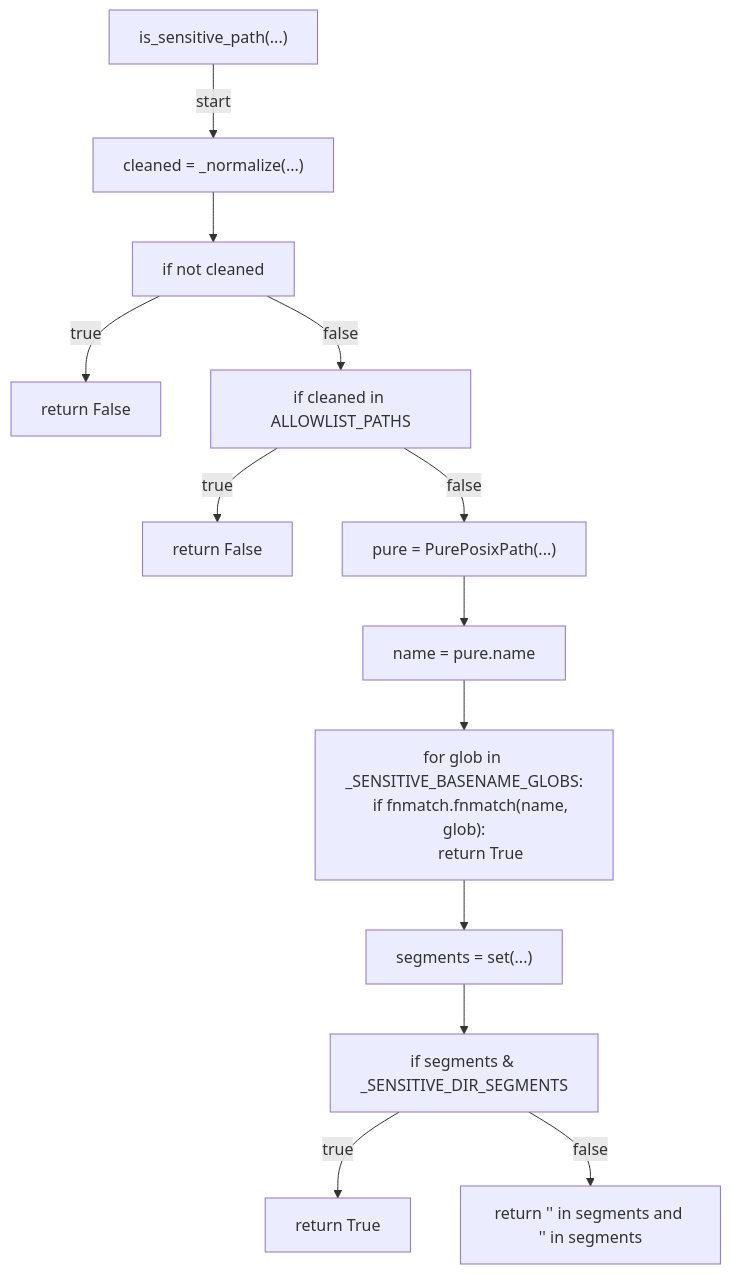
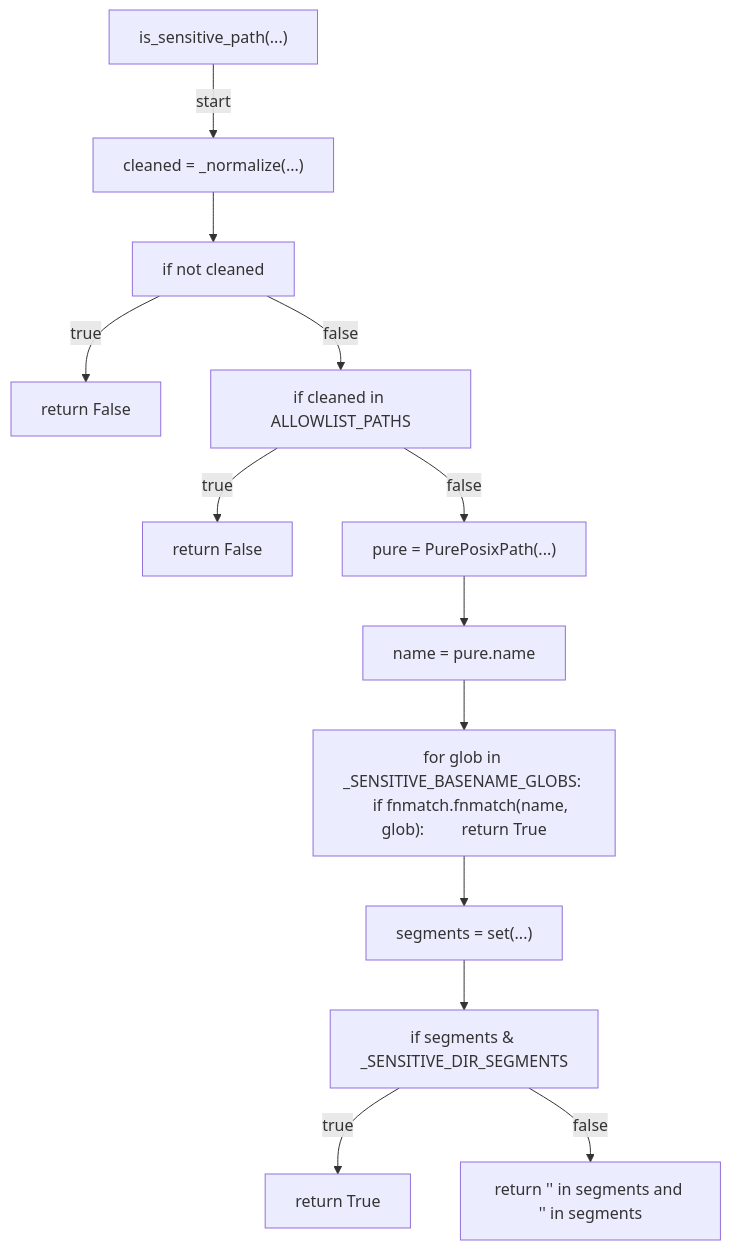
The second of 7 diagrams in docs/generated/scripts/ast/block_sensitive_reads.md (tvna/claude-md), drawn with Mermaid before and after one commit. The commit also changed other lines of this file and 20 other files, not shown here.

First line of the commit message:
docs(generated): regenerate decision tree and workflow diagrams (batch 1/5)

````diff
--- a/docs/generated/scripts/ast/block_sensitive_reads.md
+++ b/docs/generated/scripts/ast/block_sensitive_reads.md
@@ -16,30 +16,28 @@
 ```mermaid
 flowchart TD
     N001["is_sensitive_path(...)"]
     N002["cleaned = _normalize(...)"]
     N003["if not cleaned"]
     N004["return False"]
     N005["if cleaned in ALLOWLIST_PATHS"]
     N006["return False"]
     N007["pure = PurePosixPath(...)"]
     N008["name = pure.name"]
-    N009["for glob in _SENSITIVE_BASENAME_GLOBS:
-    if fnmatch.fnmatch(name, glob):
-        return True"]
+    N009["for glob in _SENSITIVE_BASENAME_GLOBS:     if fnmatch.fnmatch(name, glob):         return True"]
     N010["segments = set(...)"]
     N011["if segments & _SENSITIVE_DIR_SEGMENTS"]
     N012["return True"]
     N013["return '<str>' in segments and '<str>' in segments"]
     N001 -->|"start"| N002
     N002 --> N003
     N003 -->|"true"| N004
     N003 -->|"false"| N005
     N005 -->|"true"| N006
     N005 -->|"false"| N007
     N007 --> N008
     N008 --> N009
     N009 --> N010
     N010 --> N011
     N011 -->|"true"| N012
     N011 -->|"false"| N013
 ```
````
